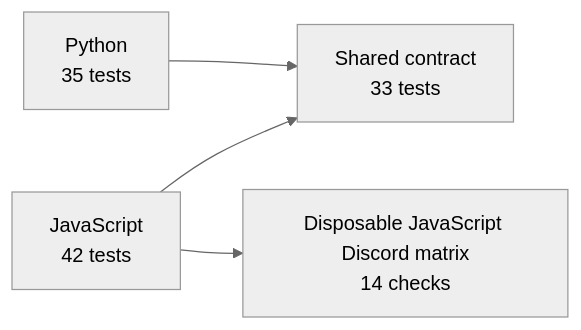
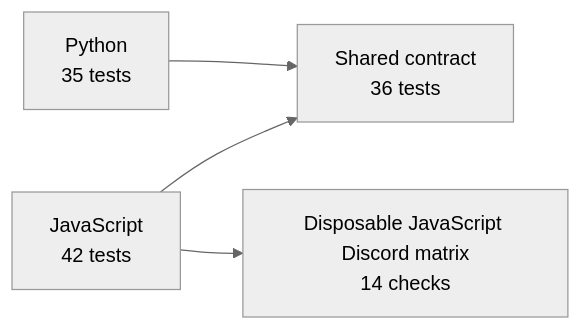
The first of 2 diagrams in TEST_REPORT.md (XxVoidicxX/project-parity), drawn with Mermaid (neutral theme) before and after one commit. The commit also changed other lines of this file and 111 other files, not shown here.

````diff
--- a/TEST_REPORT.md
+++ b/TEST_REPORT.md
@@ -16,6 +16,6 @@
 ```mermaid
 flowchart LR
-  JS[JavaScript\n42 tests] --> Contract[Shared contract\n33 tests]
+  JS[JavaScript\n42 tests] --> Contract[Shared contract\n36 tests]
   PY[Python\n35 tests] --> Contract
   JS --> Live[Disposable JavaScript Discord matrix\n14 checks]
 ```
````
